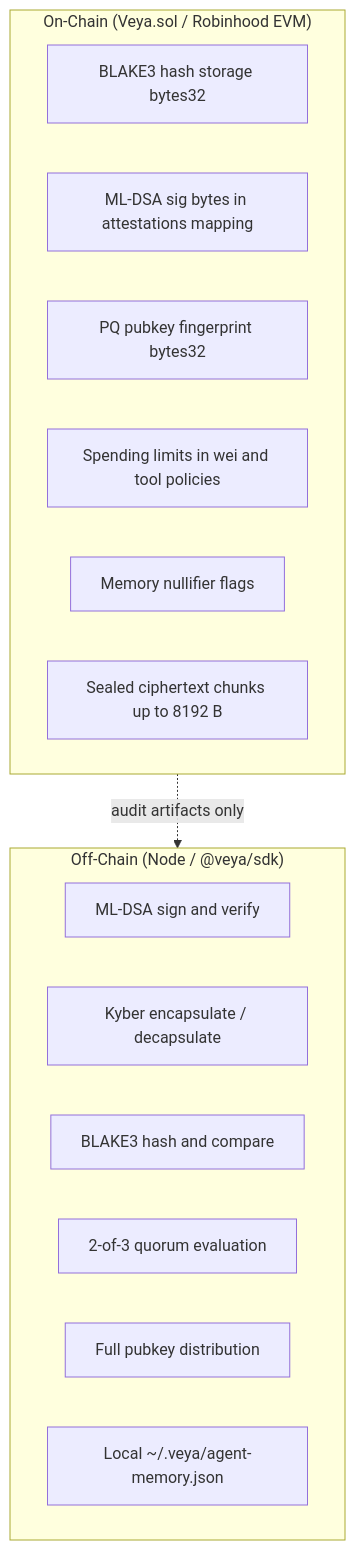
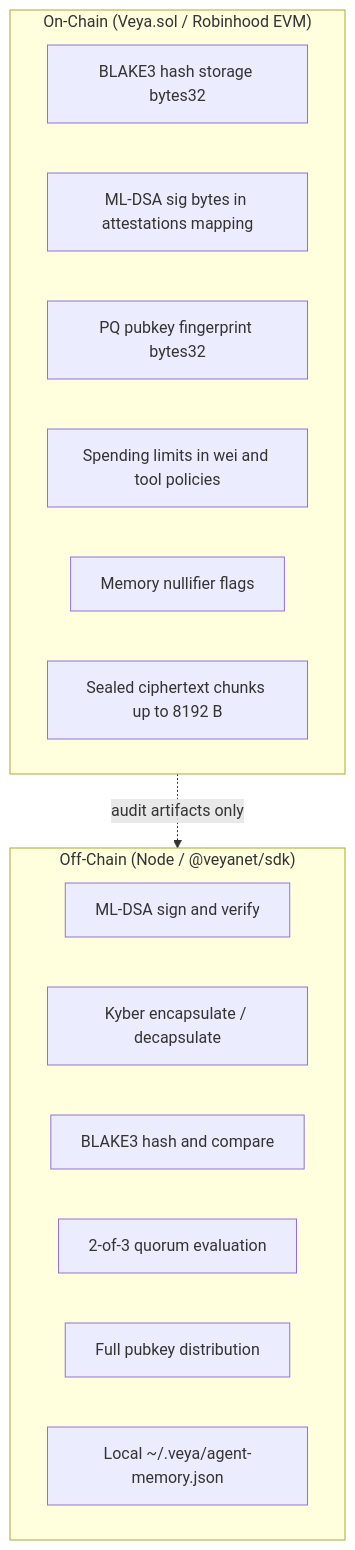
The seventh of 7 diagrams in docs/README.md (veyanet/veya-sdk), drawn with Mermaid before and after one commit. The commit also changed other lines of this file and 34 other files, not shown here.

Commit message:
refactor(sdk): update package scope to @veyanet/sdk

````diff
--- a/docs/README.md
+++ b/docs/README.md
@@ -310,22 +310,22 @@
 ```mermaid
 flowchart TB
     subgraph OnChain["On-Chain (Veya.sol / Robinhood EVM)"]
         OC1["BLAKE3 hash storage bytes32"]
         OC2["ML-DSA sig bytes in attestations mapping"]
         OC3["PQ pubkey fingerprint bytes32"]
         OC4["Spending limits in wei and tool policies"]
         OC5["Memory nullifier flags"]
         OC6["Sealed ciphertext chunks up to 8192 B"]
     end
 
-    subgraph OffChain["Off-Chain (Node / @veya/sdk)"]
+    subgraph OffChain["Off-Chain (Node / @veyanet/sdk)"]
         OF1["ML-DSA sign and verify"]
         OF2["Kyber encapsulate / decapsulate"]
         OF3["BLAKE3 hash and compare"]
         OF4["2-of-3 quorum evaluation"]
         OF5["Full pubkey distribution"]
         OF6["Local ~/.veya/agent-memory.json"]
     end
 
     OnChain -.->|"audit artifacts only"| OffChain
 ```
````
